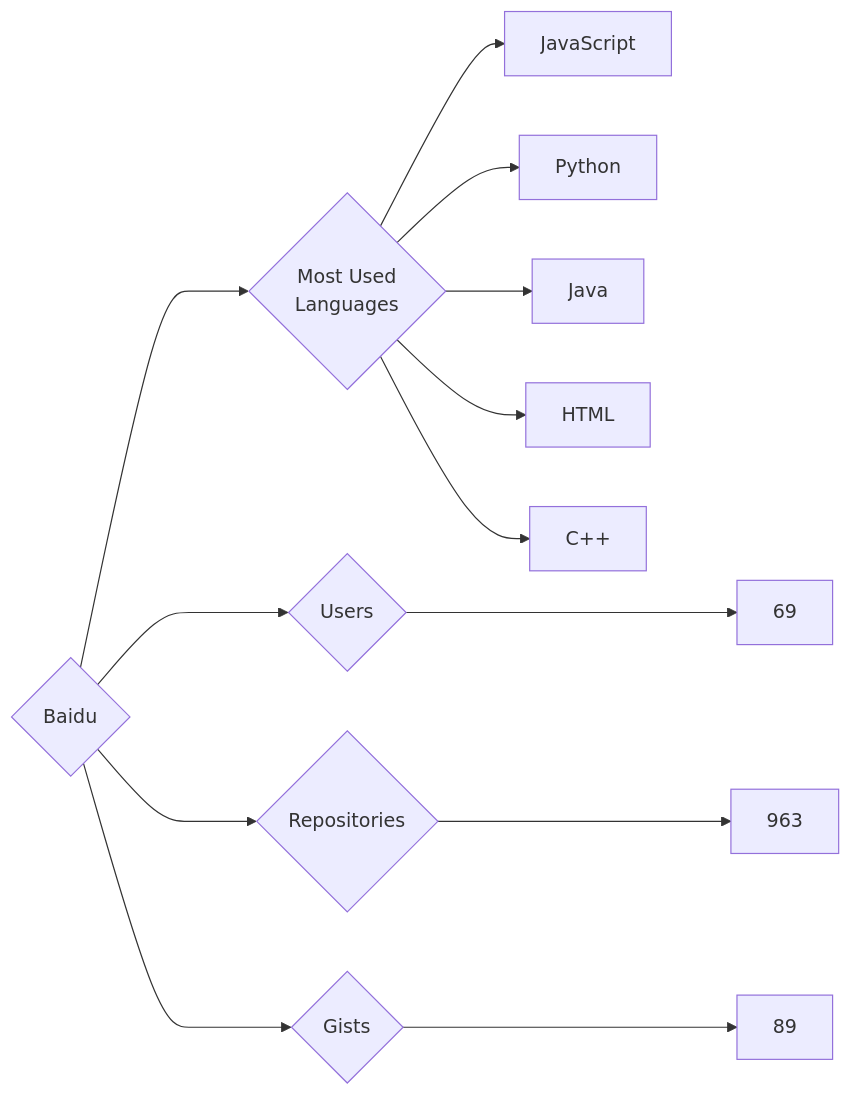
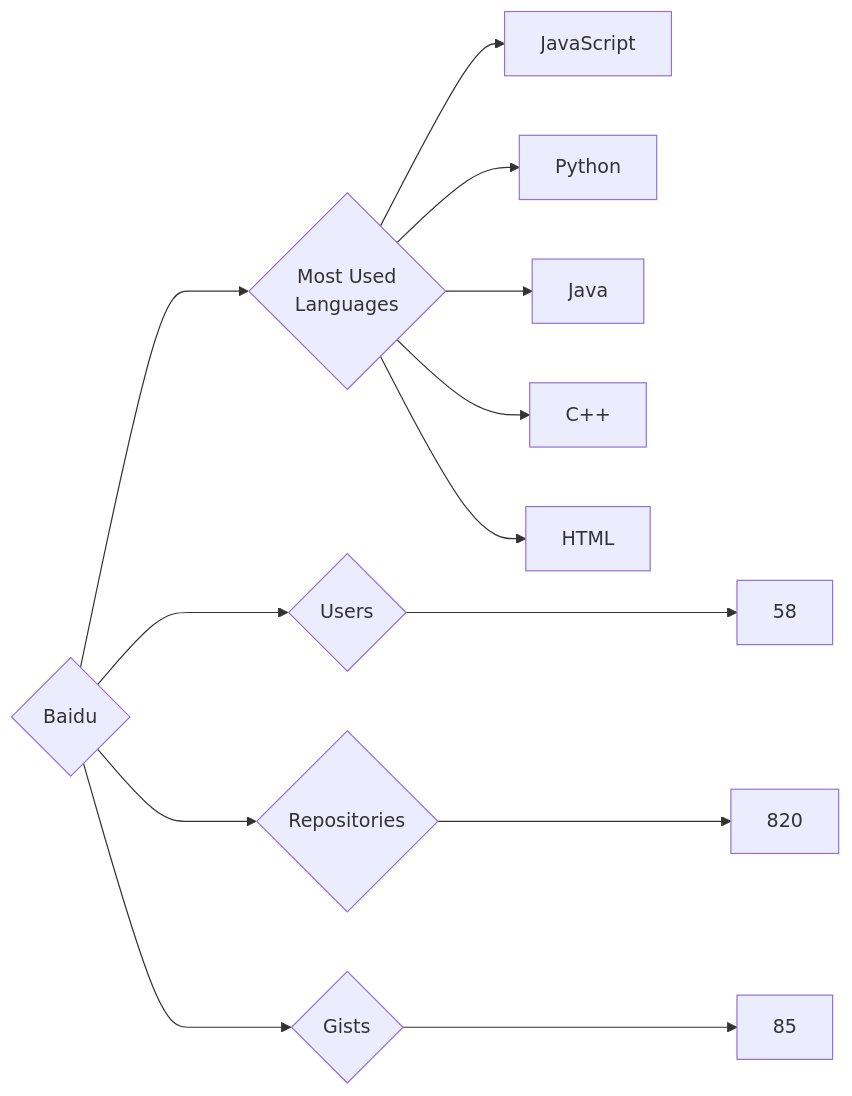
One commit to trickest/insiders changed the diagram in targets/Baidu/README.md. Above: the diagram before and after it, drawn with Mermaid. The commit also changed 679 other files, not shown here.

````diff
--- a/targets/Baidu/README.md
+++ b/targets/Baidu/README.md
@@ -3,13 +3,13 @@
 ```mermaid
 graph LR
 COMPANY_NAME{Baidu}
-COMPANY_NAME ---> U{Users} ---> UN[69]
-COMPANY_NAME ---> R{Repositories} ---> RN[963]
-COMPANY_NAME ---> G{Gists} ---> GN[89]
+COMPANY_NAME ---> U{Users} ---> UN[58]
+COMPANY_NAME ---> R{Repositories} ---> RN[820]
+COMPANY_NAME ---> G{Gists} ---> GN[85]
 COMPANY_NAME ---> ML{Most Used<br>Languages}
 ML --> JavaScript[JavaScript]
 ML --> Python[Python]
 ML --> Java[Java]
+ML --> C++[C++]
 ML --> HTML[HTML]
-ML --> C++[C++]
 ```
````
